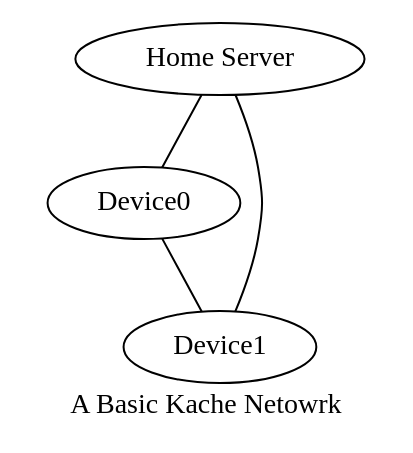
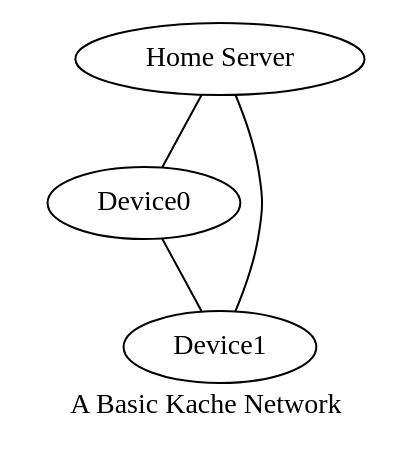
Before and after one commit to kacheproject/rfc: the diagram in 1_Kache/basic_concepts.dot, drawn with Graphviz. The commit also changed 1 other file, not shown here.

Commit message:
rfc1: fix typo in basic_Concepts.dot

```diff
--- a/1_Kache/basic_concepts.dot
+++ b/1_Kache/basic_concepts.dot
@@ -1,7 +1,7 @@
 graph G {
-    label="A Basic Kache Netowrk";
+    label="A Basic Kache Network";
 
     HomeServer [label="Home Server"];
     HomeServer -- {Device0 Device1};
     Device0 -- Device1;
 }
```
